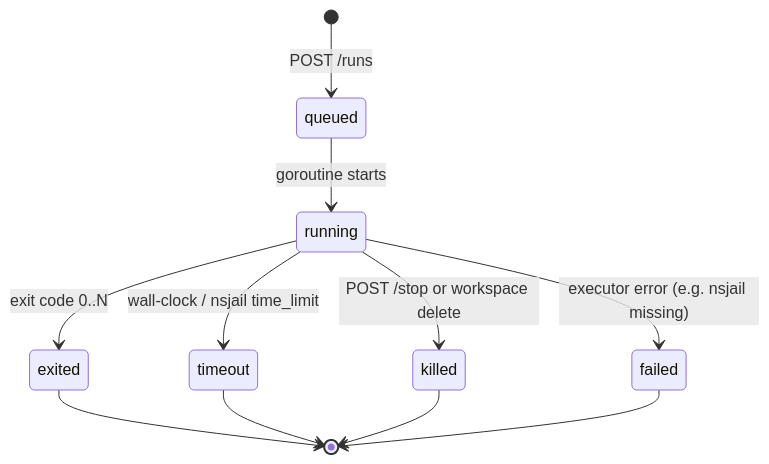
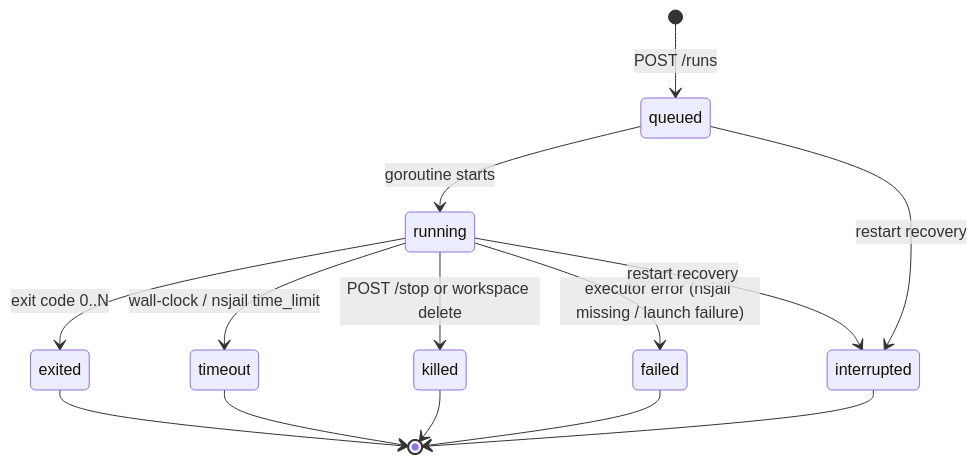
The sixth of 14 diagrams in docs/ARCHITECTURE.md (M3-mo2/cloud-service), drawn with Mermaid before and after one commit. The commit also changed other lines of this file and 6 other files, not shown here.

First line of the commit message:
docs: align architecture, spec, API and verification with the fixes

````diff
--- a/docs/ARCHITECTURE.md
+++ b/docs/ARCHITECTURE.md
@@ -247,13 +251,16 @@
 ```mermaid
 stateDiagram-v2
     [*] --> queued: POST /runs
     queued --> running: goroutine starts
     running --> exited: exit code 0..N
     running --> timeout: wall-clock / nsjail time_limit
     running --> killed: POST /stop or workspace delete
-    running --> failed: executor error (e.g. nsjail missing)
+    running --> failed: executor error (nsjail missing / launch failure)
+    queued --> interrupted: restart recovery
+    running --> interrupted: restart recovery
     exited --> [*]
     timeout --> [*]
     killed --> [*]
     failed --> [*]
+    interrupted --> [*]
 ```
````
